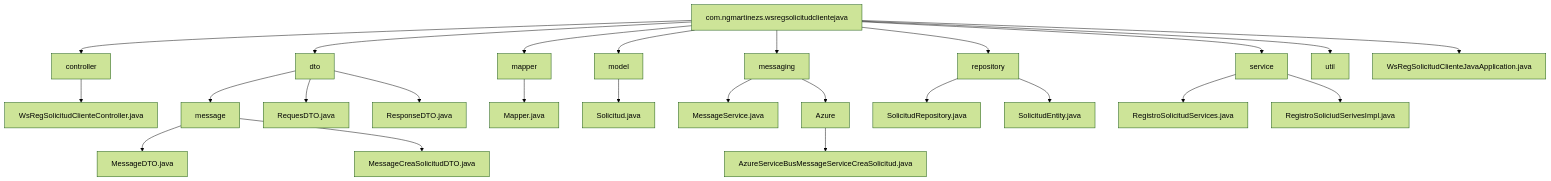
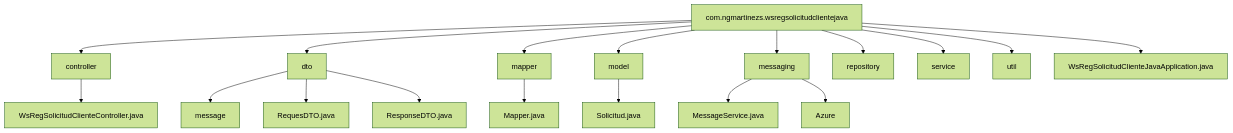
The diagram in ws-registro-solicitud-app-java/README.md (ngmartinezs/ngmartinezs-event-management-spring-boot-asb), drawn with Mermaid (forest theme) before and after one commit.

Commit message:
ActualiacionReadme

````diff
--- a/ws-registro-solicitud-app-java/README.md
+++ b/ws-registro-solicitud-app-java/README.md
@@ -26,35 +26,28 @@
 ```mermaid
 graph TD
     A[com.ngmartinezs.wsregsolicitudclientejava] --> B[controller]
     A --> C[dto]
     A --> D[mapper]
     A --> E[model]
     A --> Z[messaging]
     A --> F[repository]
     A --> G[service]
     A --> H[util]
     A --> I[WsRegSolicitudClienteJavaApplication.java]
 
     B --> J[WsRegSolicitudClienteController.java]
 
     C --> K[message]
     C --> L[RequesDTO.java]
     C --> M[ResponseDTO.java]
-    K --> N[MessageDTO.java]
-    K --> O[MessageCreaSolicitudDTO.java]
 
     D --> P[Mapper.java]
 
     E --> Q[Solicitud.java]
 
     Z --> R[MessageService.java]
     Z --> T[Azure]
-    T --> V[AzureServiceBusMessageServiceCreaSolicitud.java]
 
-    F --> U[SolicitudRepository.java]
-    F --> S[SolicitudEntity.java]
 
-    G --> W[RegistroSolicitudServices.java]
-    G --> X[RegistroSoliciudSerivesImpl.java]
 
 ```
````
